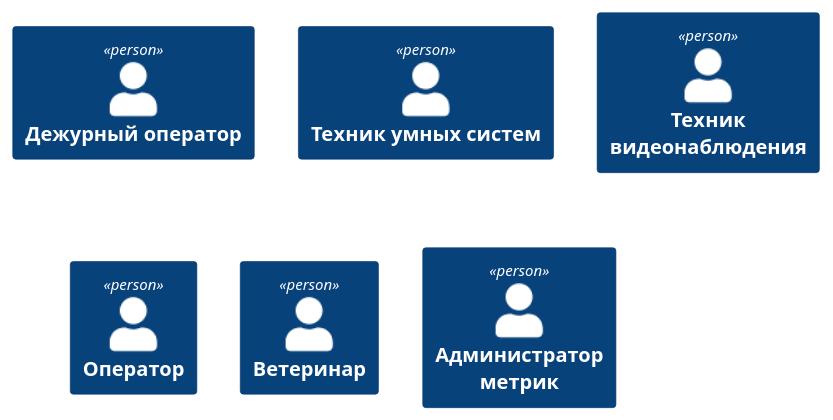
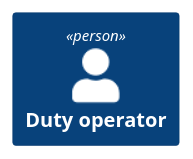
Before and after one commit to mirray/MSA-AgroTech: the diagram in Task1/ATCK_C4_Context_alternative.puml, drawn with PlantUML.

Commit message:
test with only english text

```diff
--- a/Task1/ATCK_C4_Context_alternative.puml
+++ b/Task1/ATCK_C4_Context_alternative.puml
@@ -1,11 +1,7 @@
 @startuml ATCK_Alternative
 !include https://raw.githubusercontent.com/plantuml-stdlib/C4-PlantUML/master/C4_Context.puml
 
-Person(duty_operator, "Дежурный оператор")
-Person(technican, "Техник умных систем")
-Person(cv_technican, "Техник видеонаблюдения")
-Person(operator, "Оператор")
-Person(vet, "Ветеринар")
-Person(metric_admin, "Администратор метрик")
+Person(duty_operator, "Duty operator")
+
 
 @enduml
```
